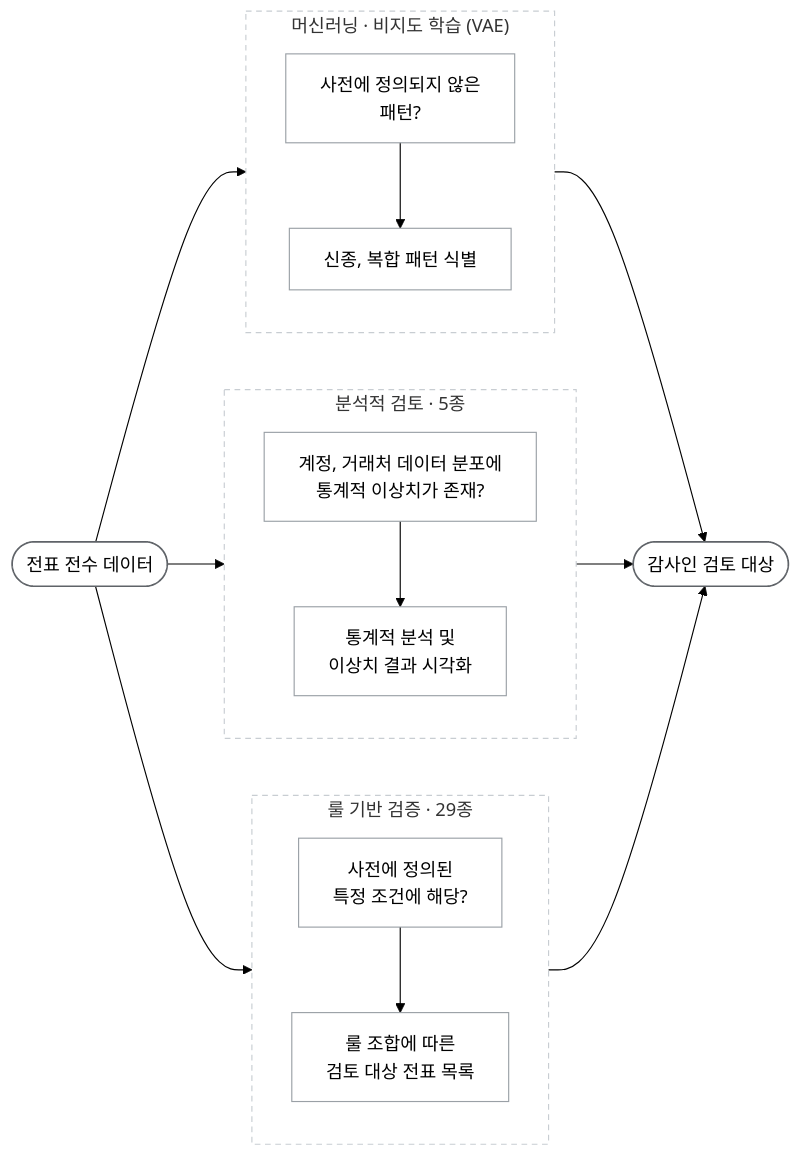
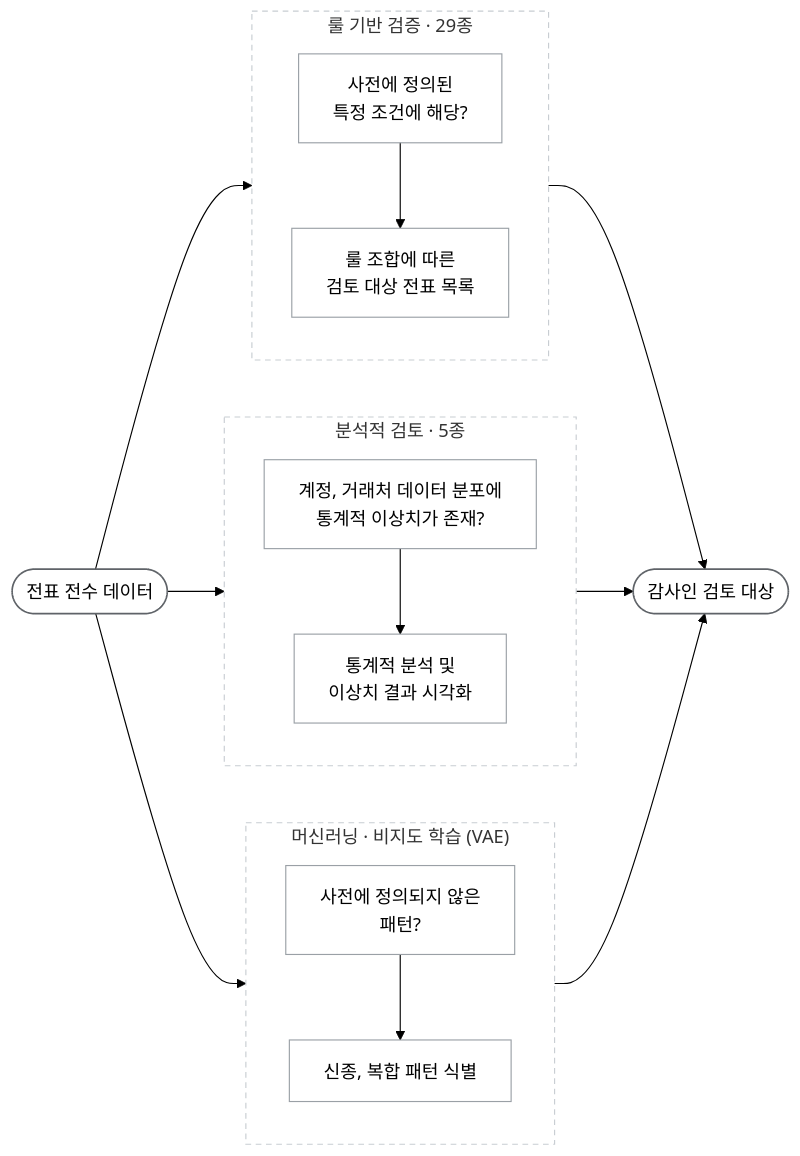
One commit to ghdtjrgns321-creator/local-ai-journal-assist changed the diagram in README.md. Above: the diagram before and after it, drawn with Mermaid (forest theme).

Commit message:
docs(readme): 소개 머메이드 레인 순서를 룰-분석적검토-VAE 로 정렬

````diff
--- a/README.md
+++ b/README.md
@@ -11,33 +11,33 @@
 ```mermaid
 flowchart LR
-    IN(["전표 전수 데이터"]) --> Q1
+    IN(["전표 전수 데이터"]) --> Q3
     IN --> Q2
-    IN --> Q3
+    IN --> Q1
 
-    subgraph RULE["룰 기반 검증 · 29종"]
+    subgraph ML["머신러닝 · 비지도 학습 (VAE)"]
         direction TB
-        Q1["사전에 정의된<br/>특정 조건에 해당?"] --> O1["룰 조합에 따른<br/>검토 대상 전표 목록"]
+        Q3["사전에 정의되지 않은<br/>패턴?"] --> O3["신종, 복합 패턴 식별"]
     end
 
     subgraph ANALYTIC["분석적 검토 · 5종"]
         direction TB
         Q2["계정, 거래처 데이터 분포에<br/>통계적 이상치가 존재?"] --> O2["통계적 분석 및<br/>이상치 결과 시각화"]
     end
 
-    subgraph ML["머신러닝 · 비지도 학습 (VAE)"]
+    subgraph RULE["룰 기반 검증 · 29종"]
         direction TB
-        Q3["사전에 정의되지 않은<br/>패턴?"] --> O3["신종, 복합 패턴 식별"]
+        Q1["사전에 정의된<br/>특정 조건에 해당?"] --> O1["룰 조합에 따른<br/>검토 대상 전표 목록"]
     end
 
-    O1 --> OUT(["감사인 검토 대상"])
+    O3 --> OUT(["감사인 검토 대상"])
     O2 --> OUT
-    O3 --> OUT
+    O1 --> OUT
 
     classDef step fill:none,stroke:#9aa0a6,stroke-width:1px
     classDef port fill:none,stroke:#5f6368,stroke-width:1.5px
     class Q1,Q2,Q3,O1,O2,O3 step
     class IN,OUT port
     style RULE fill:none,stroke:#c8cdd2,stroke-dasharray:5 4
     style ANALYTIC fill:none,stroke:#c8cdd2,stroke-dasharray:5 4
     style ML fill:none,stroke:#c8cdd2,stroke-dasharray:5 4
 ```
````
